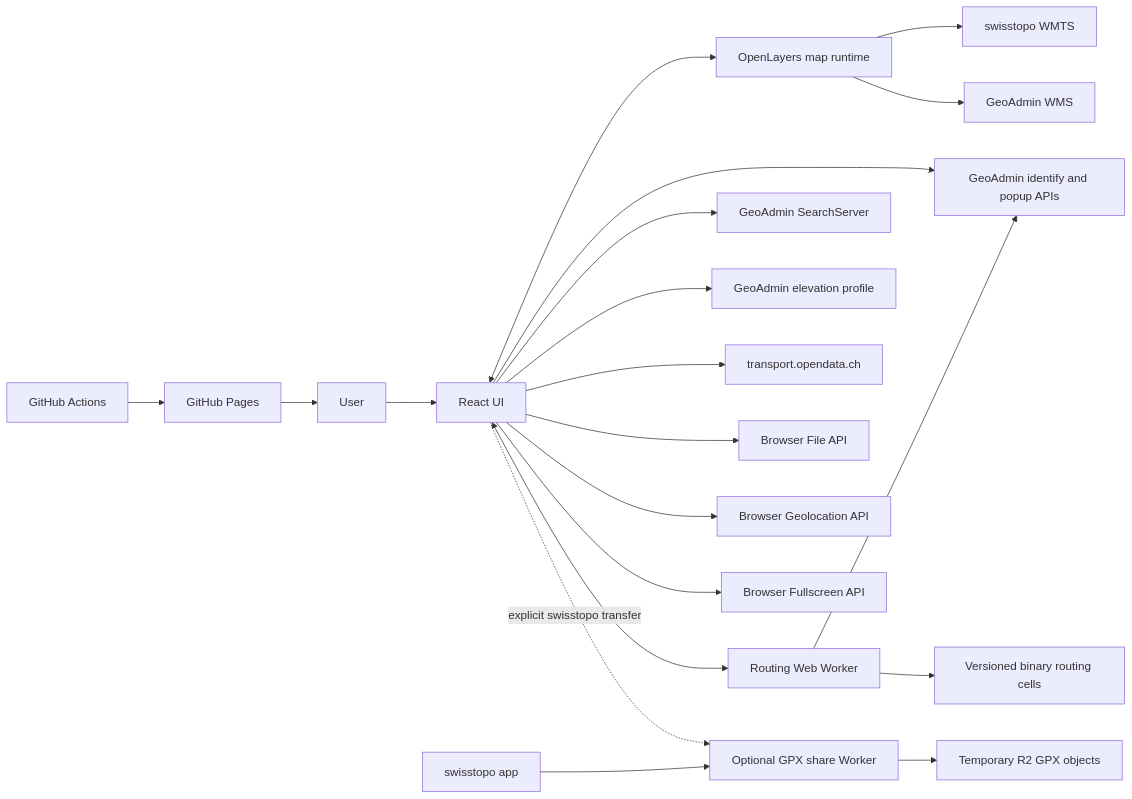
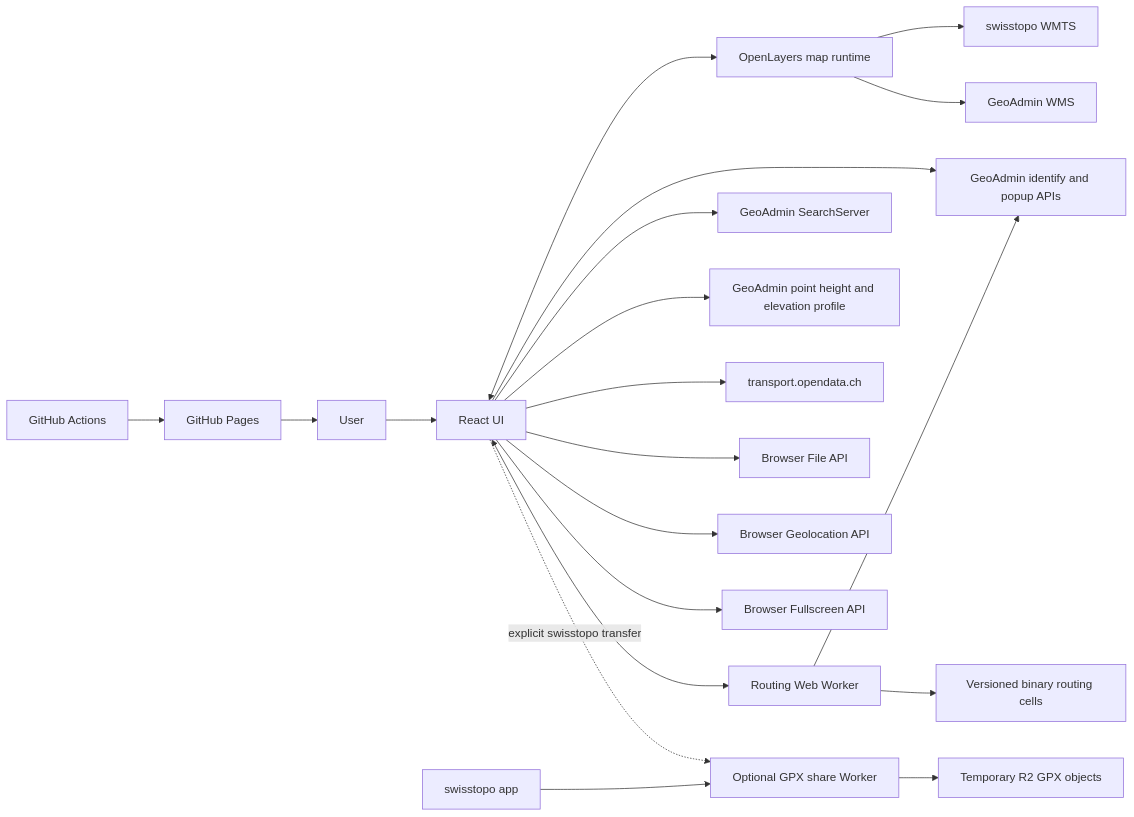
Before and after one commit to egofree71/via-helvetica: the first of 5 diagrams in docs/ARCHITECTURE.md, drawn with Mermaid. The commit also changed other lines of this file and 38 other files, not shown here.

````diff
--- a/docs/ARCHITECTURE.md
+++ b/docs/ARCHITECTURE.md
@@ -186,25 +189,25 @@
 ```mermaid
 flowchart LR
     User[User] --> UI[React UI]
     UI <--> Map[OpenLayers map runtime]
     UI <--> Worker[Routing Web Worker]
 
     Map --> WMTS[swisstopo WMTS]
     Map --> WMS[GeoAdmin WMS]
     UI --> Search[GeoAdmin SearchServer]
     UI --> Identify[GeoAdmin identify and popup APIs]
-    UI --> Elevation[GeoAdmin elevation profile]
+    UI --> Elevation[GeoAdmin point height and elevation profile]
     UI --> Timetable[transport.opendata.ch]
     Worker --> Identify
     Worker --> RoutingData[Versioned binary routing cells]
 
     UI --> FileAPI[Browser File API]
     UI --> Geolocation[Browser Geolocation API]
     UI --> Fullscreen[Browser Fullscreen API]
     UI -. explicit swisstopo transfer .-> ShareWorker[Optional GPX share Worker]
     ShareWorker --> ShareR2[Temporary R2 GPX objects]
     Swisstopo[swisstopo app] --> ShareWorker
 
     Build[GitHub Actions] --> Pages[GitHub Pages]
     Pages --> User
 ```
````
